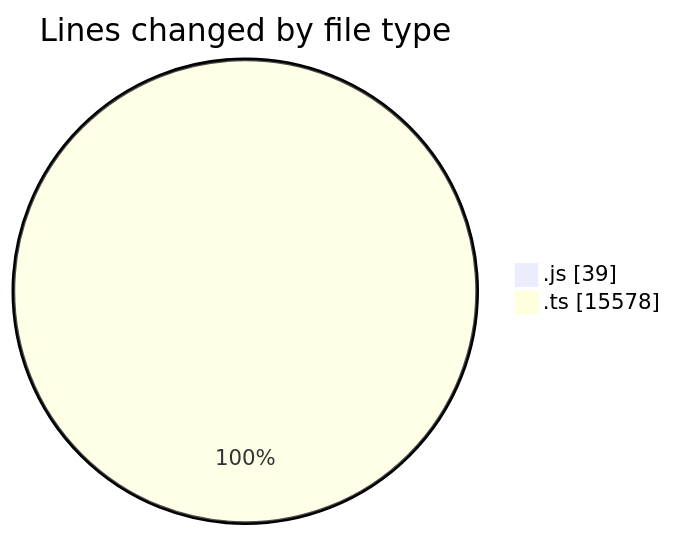
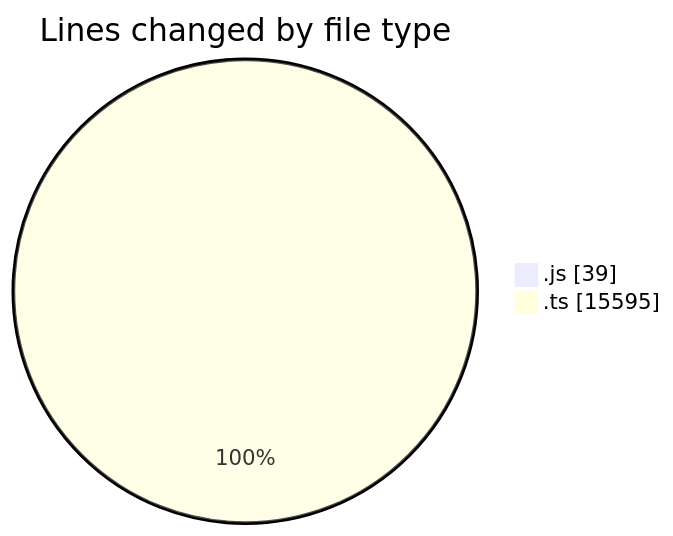
The first of 2 diagrams in 2025-06-19/cda/README.md (momahboobian/code-tracking), drawn with Mermaid before and after one commit. The commit also changed other lines of this file and 1 other file, not shown here.

````diff
--- a/2025-06-19/cda/README.md
+++ b/2025-06-19/cda/README.md
@@ -25,6 +26,6 @@
 ```mermaid
 pie showData
 title Lines changed by file type
 ".js" : 39
-".ts" : 15578
+".ts" : 15595
 ```
````
